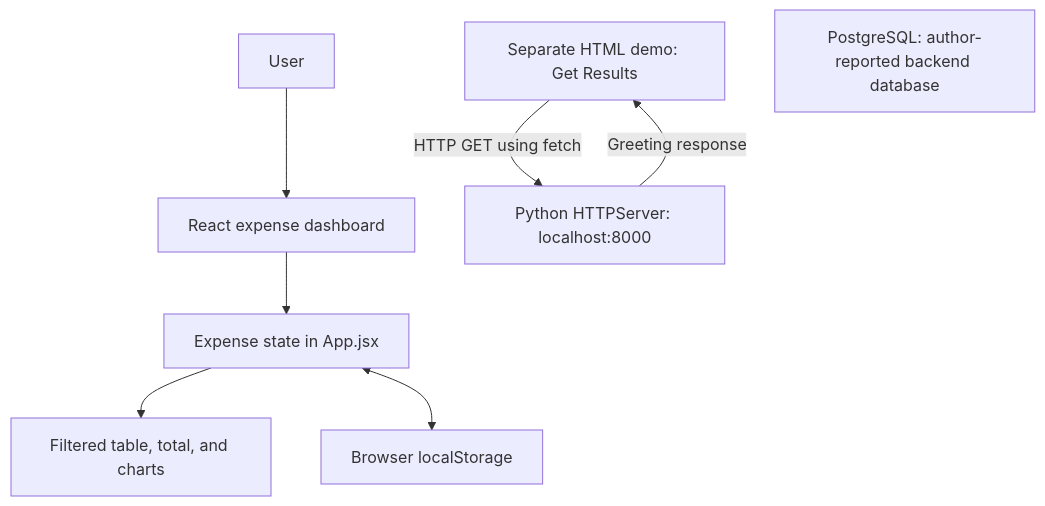
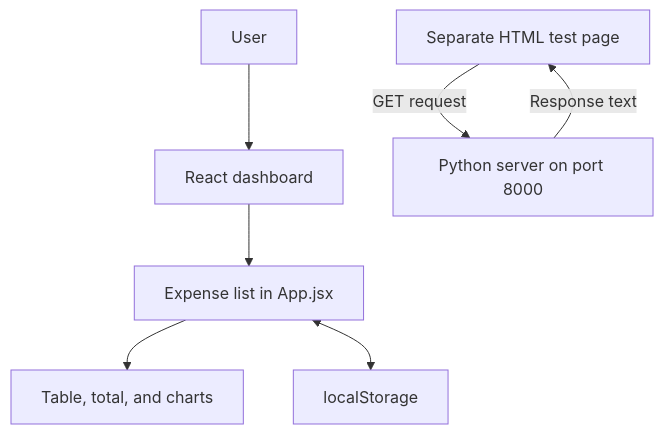
One commit to ethanlloydmarcelino/full-stack-application changed the diagram in README.md. Above: the diagram before and after it, drawn with Mermaid. The commit also changed other lines of this file and 1 other file, not shown here.

````diff
--- a/README.md
+++ b/README.md
@@ -25,10 +27,9 @@
 ```mermaid
 flowchart TD
-    User[User] --> Dashboard[React expense dashboard]
-    Dashboard --> State[Expense state in App.jsx]
-    State --> Views[Filtered table, total, and charts]
-    State <--> Storage[Browser localStorage]
-    Demo[Separate HTML demo: Get Results] -->|HTTP GET using fetch| Server[Python HTTPServer: localhost:8000]
-    Server -->|Greeting response| Demo
-    Database[PostgreSQL: author-reported backend database]
+    User[User] --> App[React dashboard]
+    App --> Expenses[Expense list in App.jsx]
+    Expenses --> Display[Table, total, and charts]
+    Expenses <--> Storage[localStorage]
+    Page[Separate HTML test page] -->|GET request| Python[Python server on port 8000]
+    Python -->|Response text| Page
 ```
````
